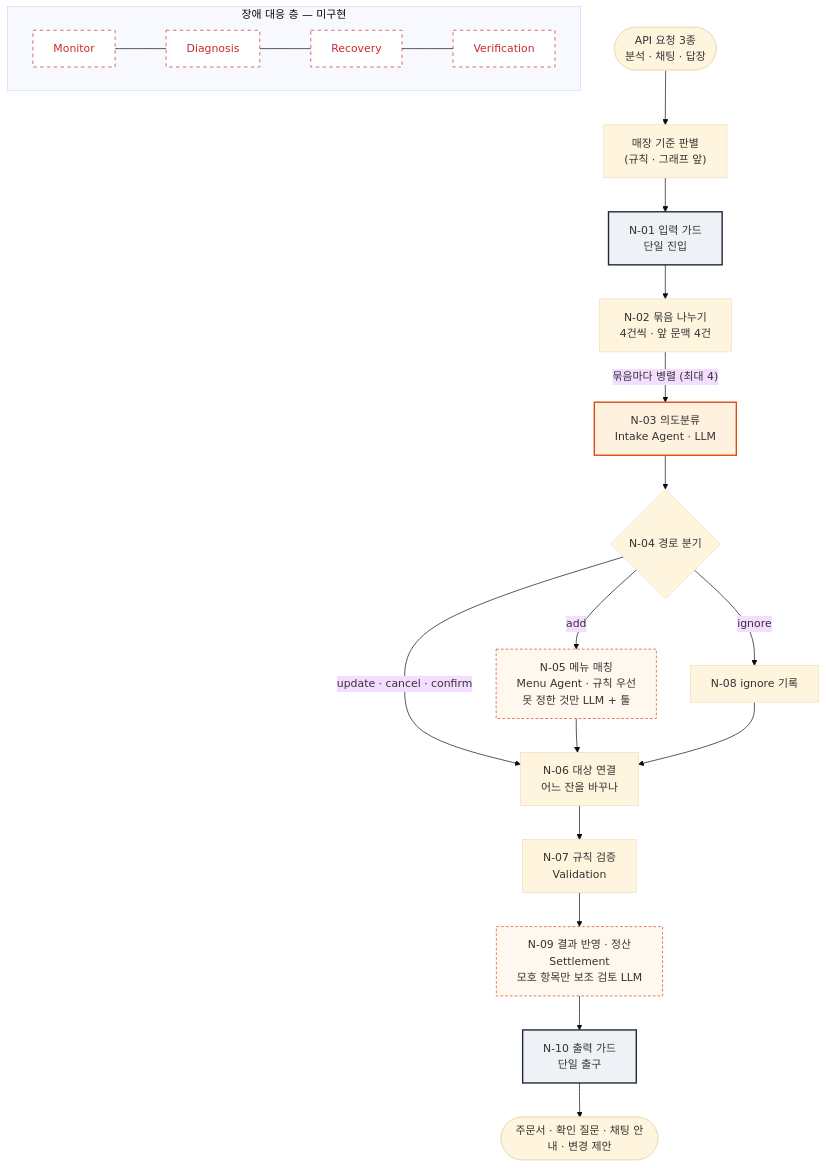
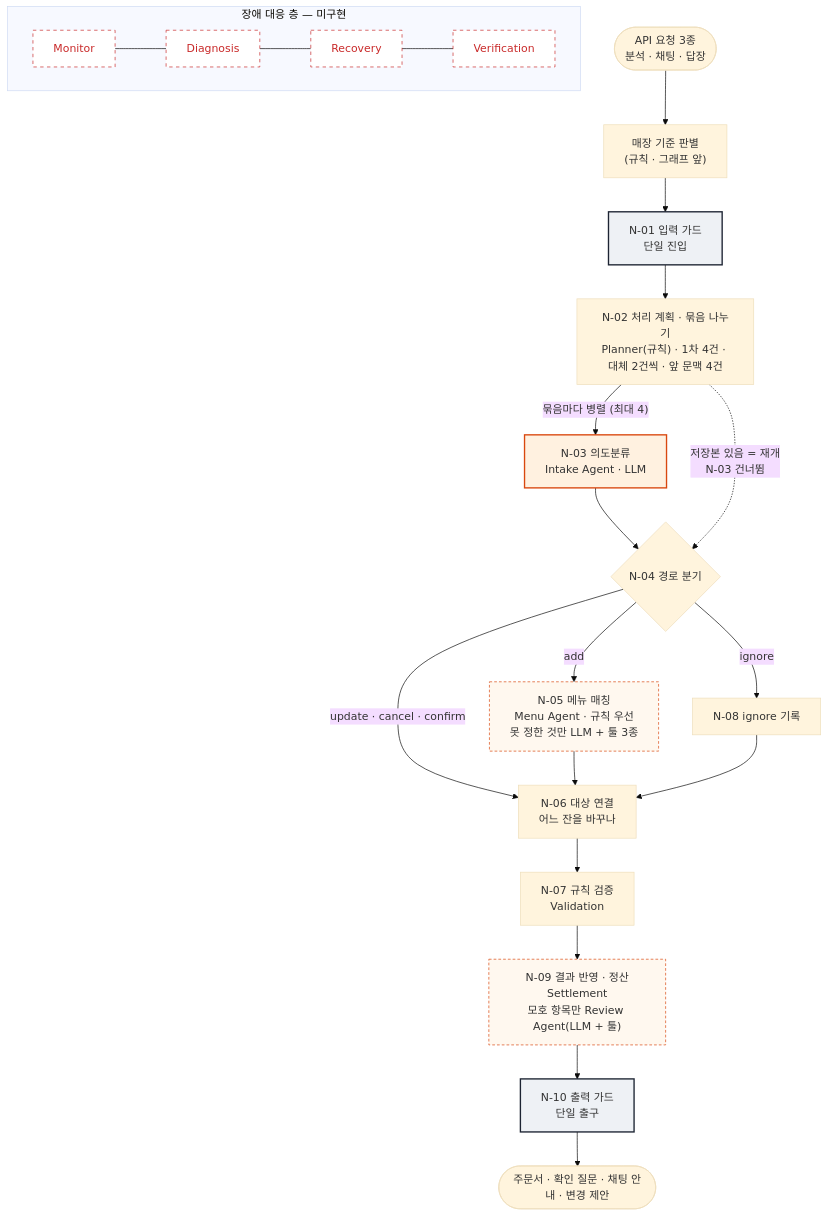
The first of 2 diagrams in docs/멀티에이전트_현황공유.md (931njhthe-star/moa), drawn with Mermaid (base theme) before and after one commit. The commit also changed other lines of this file and 1 other file, not shown here.

````diff
--- a/docs/멀티에이전트_현황공유.md
+++ b/docs/멀티에이전트_현황공유.md
@@ -13,31 +13,32 @@
 ```mermaid
 flowchart TB
     IN(["API 요청 3종<br/>분석 · 채팅 · 답장"]) --> BR["매장 기준 판별<br/>(규칙 · 그래프 앞)"]
     BR --> N01["N-01 입력 가드<br/>단일 진입"]
-    N01 --> N02["N-02 묶음 나누기<br/>4건씩 · 앞 문맥 4건"]
+    N01 --> N02["N-02 처리 계획 · 묶음 나누기<br/>Planner(규칙) · 1차 4건 · 대체 2건씩 · 앞 문맥 4건"]
     N02 -->|"묶음마다 병렬 (최대 4)"| N03["N-03 의도분류<br/>Intake Agent · LLM"]
     N03 --> N04{"N-04 경로 분기"}
-    N04 -->|"add"| N05["N-05 메뉴 매칭<br/>Menu Agent · 규칙 우선<br/>못 정한 것만 LLM + 툴"]
+    N02 -.->|"저장본 있음 = 재개<br/>N-03 건너뜀"| N04
+    N04 -->|"add"| N05["N-05 메뉴 매칭<br/>Menu Agent · 규칙 우선<br/>못 정한 것만 LLM + 툴 3종"]
     N04 -->|"ignore"| N08["N-08 ignore 기록"]
     N04 -->|"update · cancel · confirm"| N06
     N05 --> N06["N-06 대상 연결<br/>어느 잔을 바꾸나"]
     N08 --> N06
     N06 --> N07["N-07 규칙 검증<br/>Validation"]
-    N07 --> N09["N-09 결과 반영 · 정산<br/>Settlement<br/>모호 항목만 보조 검토 LLM"]
+    N07 --> N09["N-09 결과 반영 · 정산<br/>Settlement<br/>모호 항목만 Review Agent(LLM + 툴)"]
     N09 --> N10["N-10 출력 가드<br/>단일 출구"]
     N10 --> OUT(["주문서 · 확인 질문 · 채팅 안내 · 변경 제안"])
 
     subgraph HEAL["장애 대응 층 — 미구현"]
         direction LR
         H1["Monitor"] --- H2["Diagnosis"] --- H3["Recovery"] --- H4["Verification"]
     end
 
     classDef llm fill:#fff1e0,stroke:#d9480f,stroke-width:2px
     classDef llmc fill:#fff8ef,stroke:#d9480f,stroke-dasharray:4 3
     classDef guard fill:#eef1f5,stroke:#1d2433,stroke-width:2px
     classDef miss fill:#fff,stroke:#c92a2a,stroke-dasharray:5 5,color:#c92a2a
     class N03 llm
     class N05,N09 llmc
     class N01,N10 guard
     class H1,H2,H3,H4 miss
 ```
````
